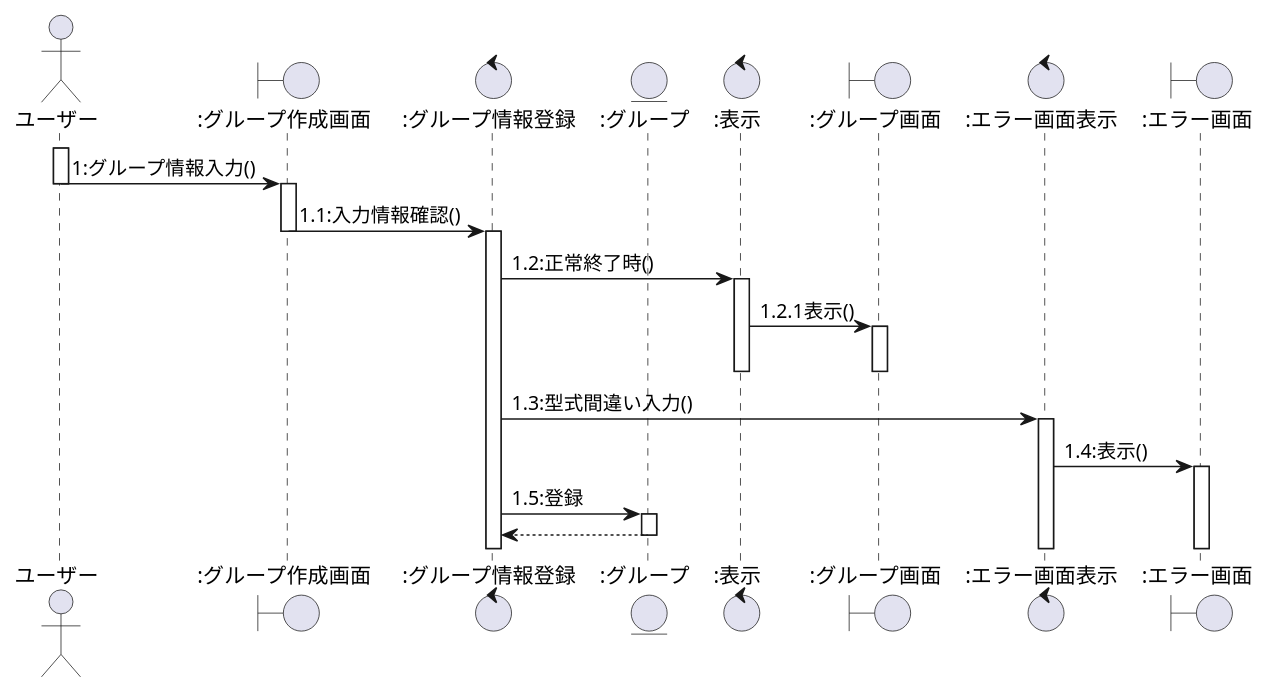
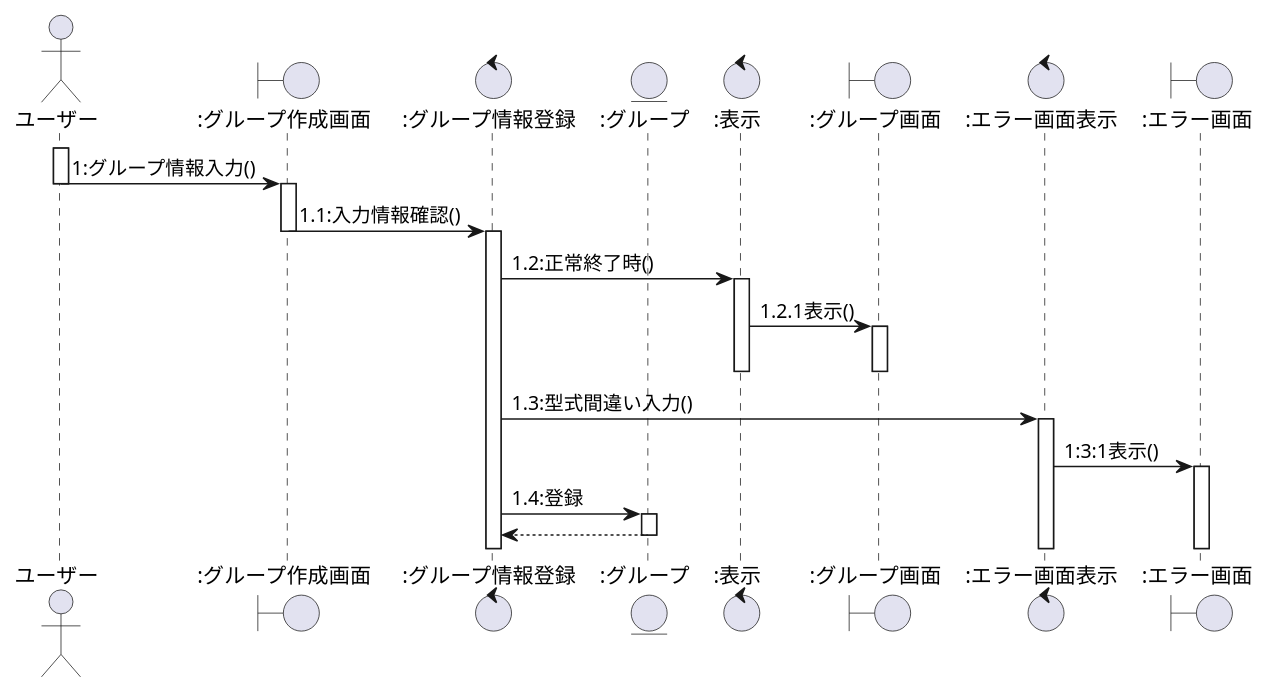
One commit to ksw2270227/GroupF changed the first of 8 diagrams in user2_sequence.plantuml. Above: the diagram before and after it, drawn with PlantUML. The commit also changed other lines of this file and 2 other files, not shown here.

```diff
--- a/user2_sequence.plantuml
+++ b/user2_sequence.plantuml
@@ -1,32 +1,32 @@
 @startuml グループ作成シーケンス図
 actor ユーザー as 0
 boundary ":グループ作成画面" as a
 control ":グループ情報登録" as b
 entity ":グループ" as c
 control ":表示" as d
 boundary ":グループ画面" as e
 control ":エラー画面表示" as f
 boundary ":エラー画面" as g
 
 activate 0
     0 -> a:1:グループ情報入力()
     deactivate 0
     activate a
     a -> b:1.1:入力情報確認()
     deactivate a
     activate b
     b -> d:1.2:正常終了時()
     activate d
     d -> e:1.2.1表示()
     activate e
     deactivate e
     deactivate d
     b -> f:1.3:型式間違い入力()
     activate f
-    f -> g:1.4:表示()
+    f -> g:1:3:1表示()
     activate g
-    b -> c:1.5:登録
+    b -> c:1.4:登録
     activate c
     c --> b
     deactivate c
 @enduml
```
